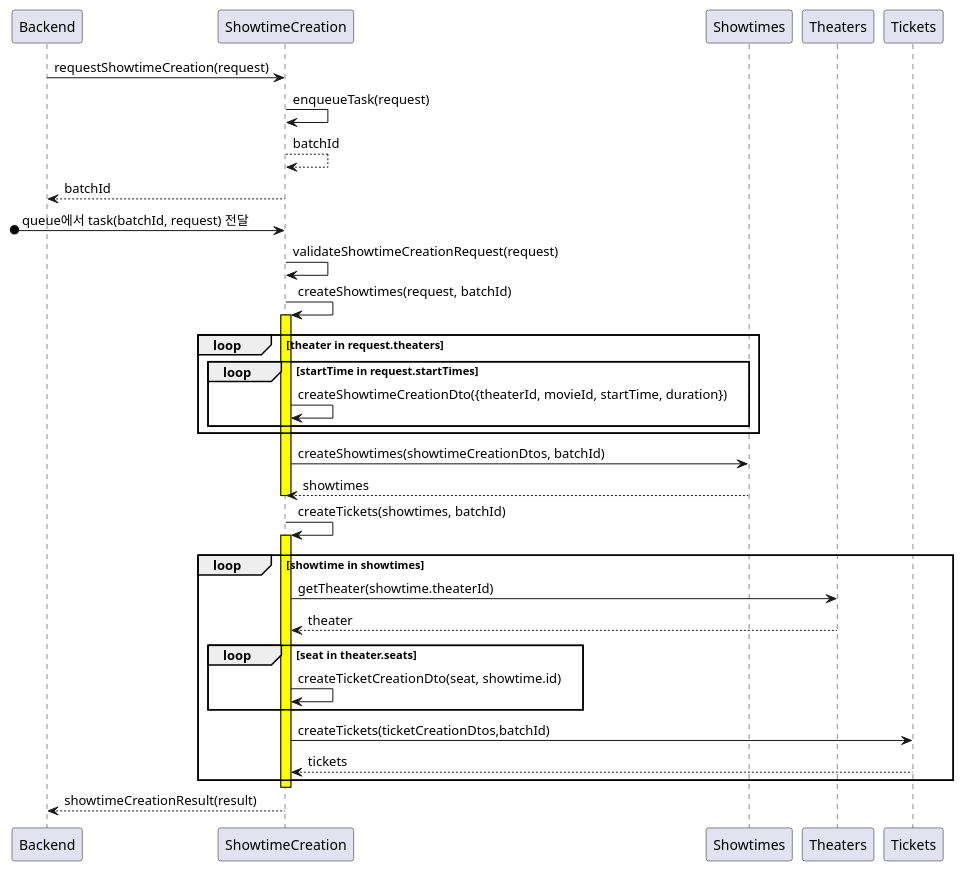
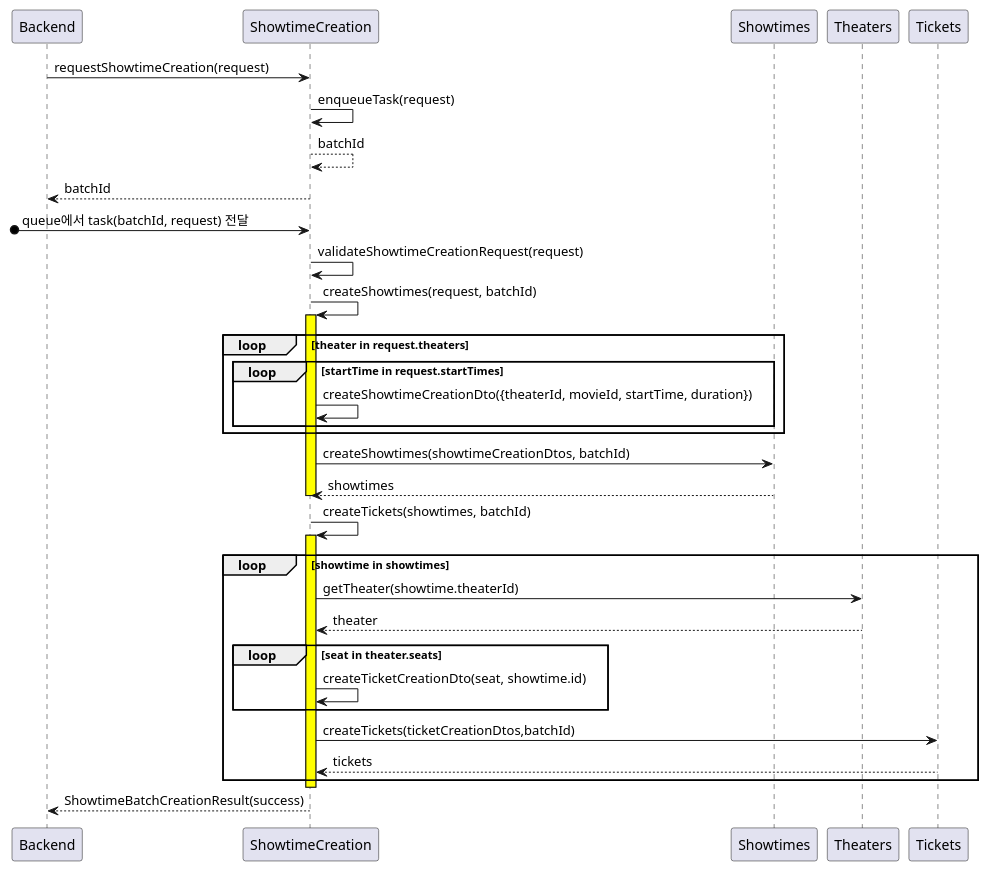
The third of 4 diagrams in docs/showtime-creation.md (mannercode/nest-seed), drawn with PlantUML before and after one commit. The commit also changed other lines of this file and 28 other files, not shown here.

Commit message:
showtime-creation 구현 중

````diff
--- a/docs/showtime-creation.md
+++ b/docs/showtime-creation.md
@@ -158,37 +165,37 @@
 ```plantuml
 @startuml
 Backend -> ShowtimeCreation: requestShowtimeCreation(request)
         ShowtimeCreation -> ShowtimeCreation: enqueueTask(request)
         ShowtimeCreation --> ShowtimeCreation: batchId
 Backend <-- ShowtimeCreation: batchId
 
 [o-> ShowtimeCreation: queue에서 task(batchId, request) 전달
     ShowtimeCreation -> ShowtimeCreation: validateShowtimeCreationRequest(request)
 
     ShowtimeCreation -> ShowtimeCreation: createShowtimes(request, batchId)
     activate ShowtimeCreation #yellow
         loop theater in request.theaters
             loop startTime in request.startTimes
                 ShowtimeCreation -> ShowtimeCreation: createShowtimeCreationDto({theaterId, movieId, startTime, duration})
             end
         end
 
         ShowtimeCreation -> Showtimes: createShowtimes(showtimeCreationDtos, batchId)
         ShowtimeCreation <-- Showtimes: showtimes
     deactivate ShowtimeCreation
 
     ShowtimeCreation -> ShowtimeCreation: createTickets(showtimes, batchId)
     activate ShowtimeCreation #yellow
         loop showtime in showtimes
             ShowtimeCreation -> Theaters: getTheater(showtime.theaterId)
             ShowtimeCreation <-- Theaters: theater
             loop seat in theater.seats
                 ShowtimeCreation -> ShowtimeCreation: createTicketCreationDto(seat, showtime.id)
             end
             ShowtimeCreation -> Tickets: createTickets(ticketCreationDtos,batchId)
             ShowtimeCreation <-- Tickets: tickets
         end
     deactivate ShowtimeCreation
-Backend <-- ShowtimeCreation: showtimeCreationResult(result)
+Backend <-- ShowtimeCreation: ShowtimeBatchCreationResult(success)
 @enduml
 ```
````
